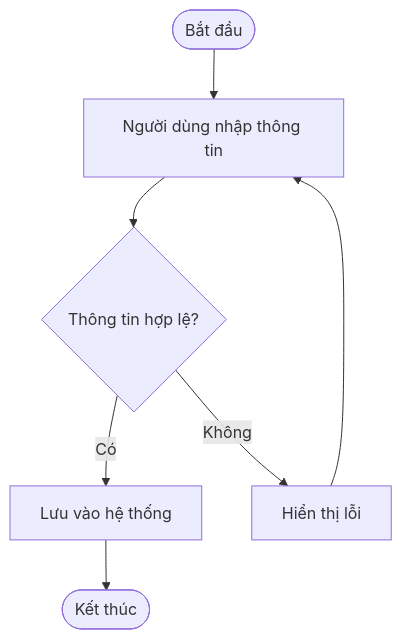
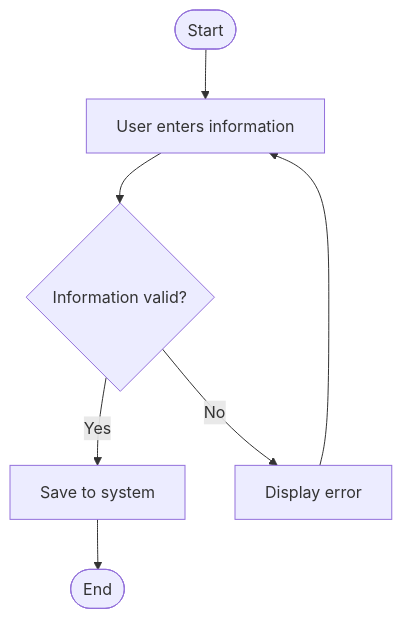
One commit to HuynhTri-dev/agent_vibe_retrival changed the third of 5 diagrams in .agent/skills/bda/resources/phase_2_mermaid_diagram_snippets.md. Above: the diagram before and after it, drawn with Mermaid. The commit also changed other lines of this file and 9 other files, not shown here.

````diff
--- a/.agent/skills/bda/resources/phase_2_mermaid_diagram_snippets.md
+++ b/.agent/skills/bda/resources/phase_2_mermaid_diagram_snippets.md
@@ -47,9 +47,9 @@
 ```mermaid
 flowchart TD
-    Start([Bắt đầu]) --> A[Người dùng nhập thông tin]
-    A --> B{Thông tin hợp lệ?}
-    B -->|Có| C[Lưu vào hệ thống]
-    B -->|Không| D[Hiển thị lỗi]
+    Start([Start]) --> A[User enters information]
+    A --> B{Information valid?}
+    B -->|Yes| C[Save to system]
+    B -->|No| D[Display error]
     D --> A
-    C --> End([Kết thúc])
+    C --> End([End])
 ```
````
